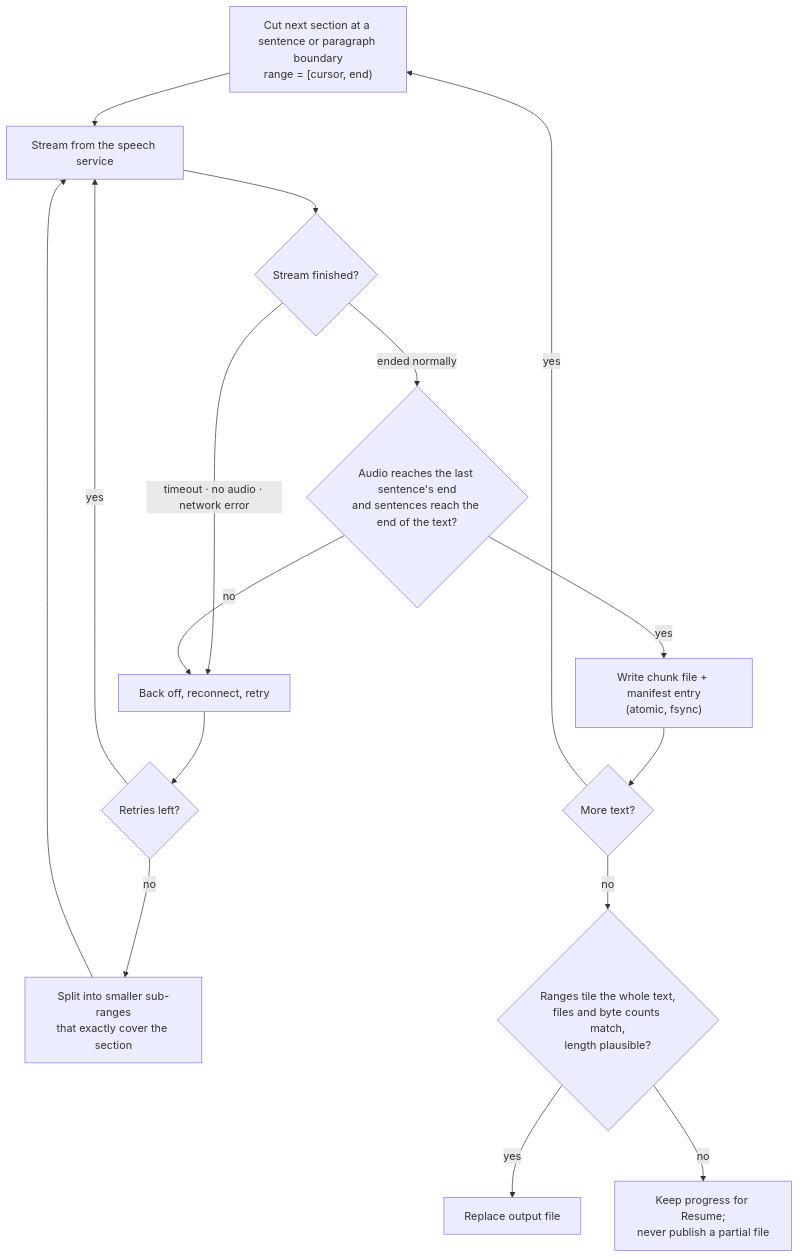
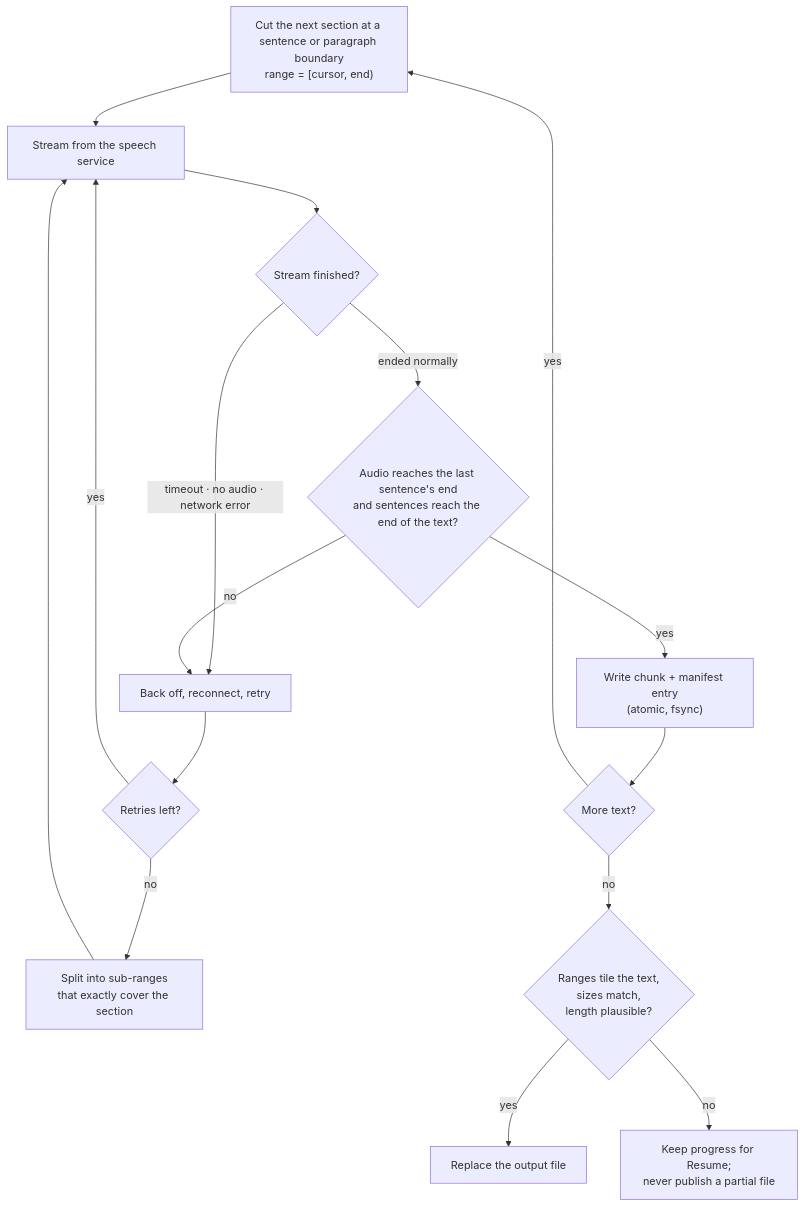
The second of 2 diagrams in README.md (VijaysinghPuwar/setuptts), drawn with Mermaid before and after one commit. The commit also changed other lines of this file and 5 other files, not shown here.

````diff
--- a/README.md
+++ b/README.md
@@ -114,18 +141,18 @@
 ```mermaid
 flowchart TD
-    A["Cut next section at a sentence or paragraph boundary<br/>range = [cursor, end)"] --> B["Stream from the speech service"]
+    A["Cut the next section at a sentence or paragraph boundary<br/>range = [cursor, end)"] --> B["Stream from the speech service"]
     B --> C{"Stream finished?"}
     C -- "timeout · no audio · network error" --> R["Back off, reconnect, retry"]
     C -- "ended normally" --> D{"Audio reaches the last sentence's end<br/>and sentences reach the end of the text?"}
     D -- no --> R
     R --> E{"Retries left?"}
     E -- yes --> B
-    E -- no --> S["Split into smaller sub-ranges<br/>that exactly cover the section"]
+    E -- no --> S["Split into sub-ranges<br/>that exactly cover the section"]
     S --> B
-    D -- yes --> F["Write chunk file + manifest entry<br/>(atomic, fsync)"]
+    D -- yes --> F["Write chunk + manifest entry<br/>(atomic, fsync)"]
     F --> G{"More text?"}
     G -- yes --> A
-    G -- no --> H{"Ranges tile the whole text,<br/>files and byte counts match,<br/>length plausible?"}
-    H -- yes --> I["Replace output file"]
+    G -- no --> H{"Ranges tile the text,<br/>sizes match,<br/>length plausible?"}
+    H -- yes --> I["Replace the output file"]
     H -- no --> J["Keep progress for Resume;<br/>never publish a partial file"]
 ```
````
